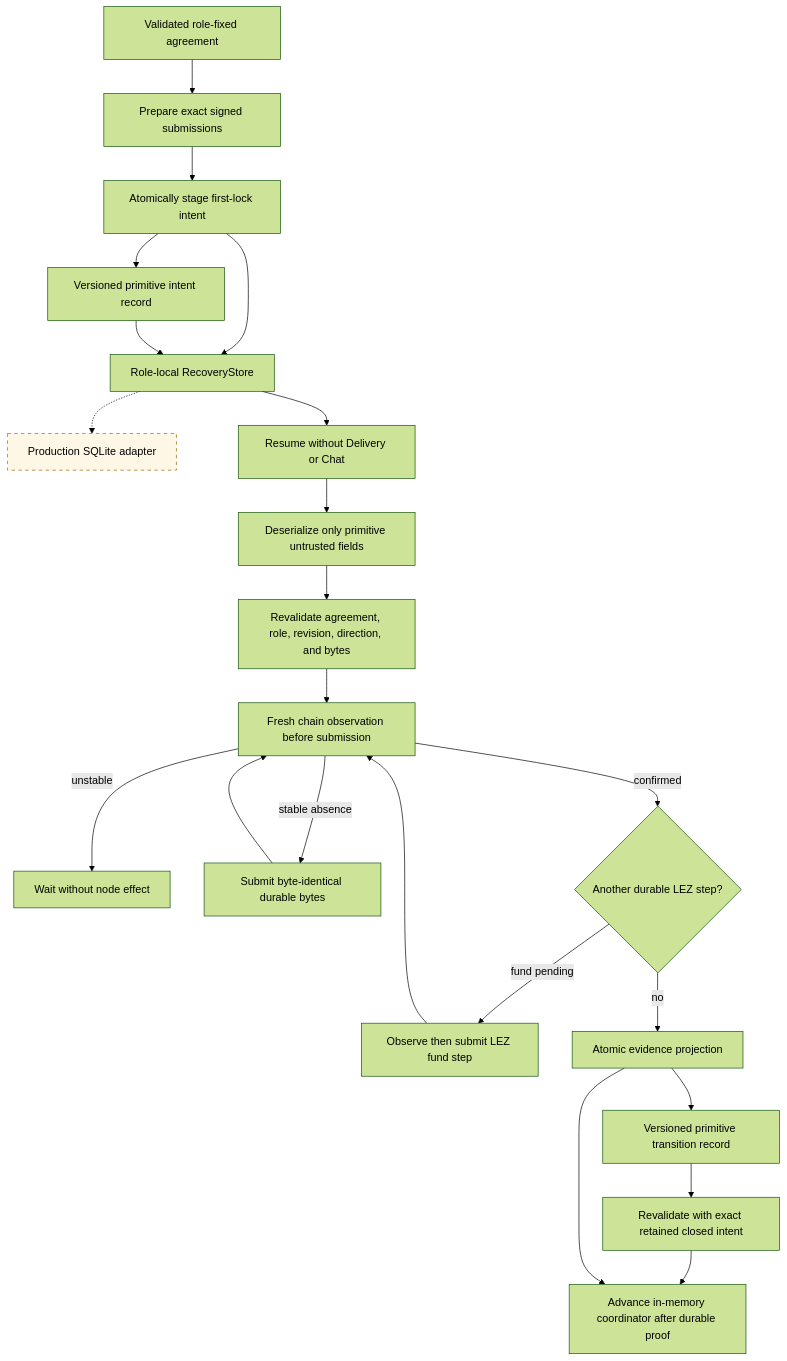
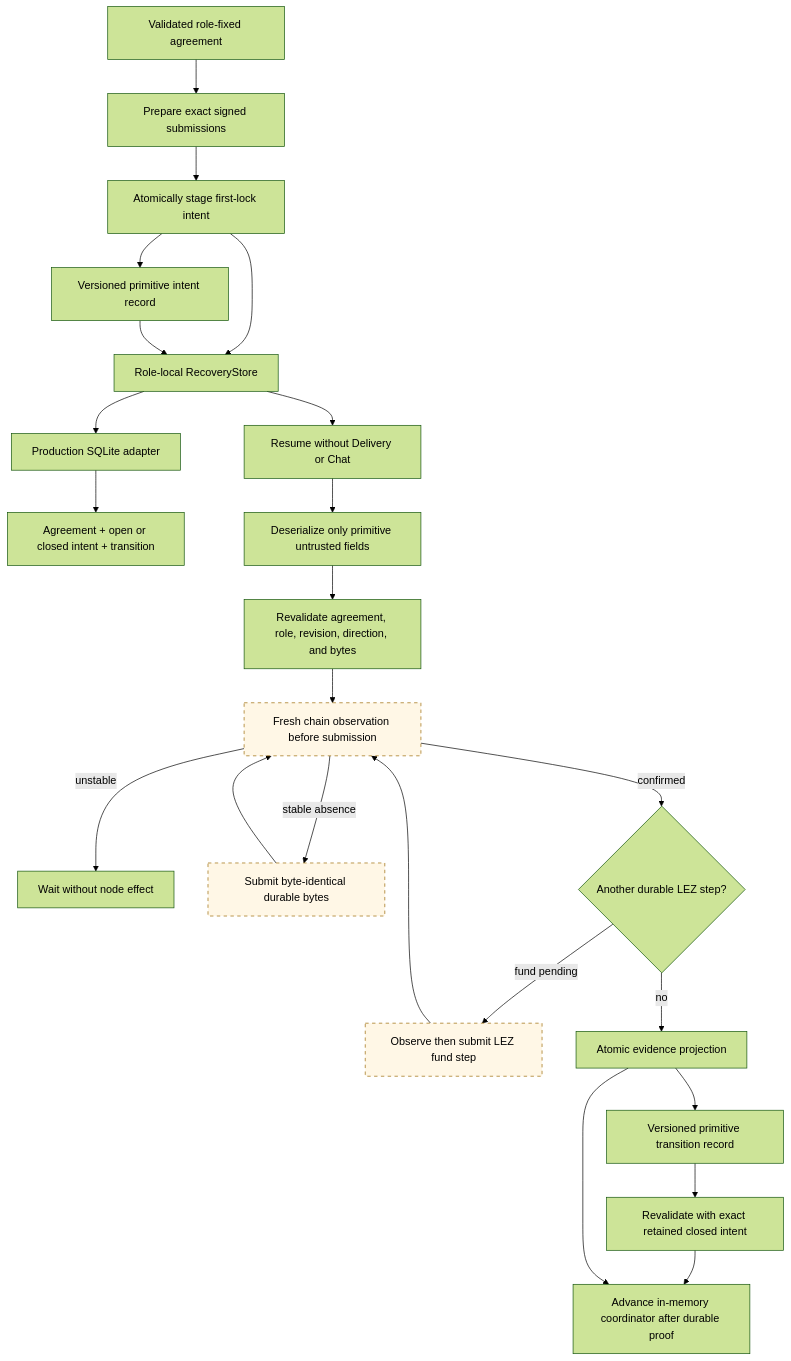
One commit to gateway-fm/lez-atomic-swaps changed the diagram in docs/architecture/0017-crash-safe-first-lock-intent.md. Above: the diagram before and after it, drawn with Mermaid (forest theme). The commit also changed other lines of this file and 12 other files, not shown here.

````diff
--- a/docs/architecture/0017-crash-safe-first-lock-intent.md
+++ b/docs/architecture/0017-crash-safe-first-lock-intent.md
@@ -7,27 +6,28 @@
 ```mermaid
 flowchart TB
     Accepted["Validated role-fixed agreement"] --> Prepare["Prepare exact signed submissions"]
     Prepare --> Stage["Atomically stage first-lock intent"]
     Stage --> Durable["Role-local RecoveryStore"]
     Stage --> Encode["Versioned primitive intent record"]
     Encode --> Durable
-    Durable -.-> SQLite["Production SQLite adapter"]
+    Durable --> SQLite["Production SQLite adapter"]
+    SQLite --> Tables["Agreement + open or closed intent + transition"]
     Durable --> Restart["Resume without Delivery or Chat"]
     Restart --> Decode["Deserialize only primitive untrusted fields"]
     Decode --> Revalidate["Revalidate agreement, role, revision, direction, and bytes"]
     Revalidate --> Observe["Fresh chain observation before submission"]
     Observe -->|"unstable"| Wait["Wait without node effect"]
     Observe -->|"stable absence"| Submit["Submit byte-identical durable bytes"]
     Submit --> Observe
     Observe -->|"confirmed"| Next{"Another durable LEZ step?"}
     Next -->|"fund pending"| Fund["Observe then submit LEZ fund step"]
     Fund --> Observe
     Next -->|"no"| Projection["Atomic evidence projection"]
     Projection --> Transition["Versioned primitive transition record"]
     Transition --> ClosedIntent["Revalidate with exact retained closed intent"]
     ClosedIntent --> Core
     Projection --> Core["Advance in-memory coordinator after durable proof"]
 
     classDef planned stroke-dasharray: 5 5,fill:#fff7e6,stroke:#9a6700;
-    class SQLite planned;
+    class Observe,Submit,Fund planned;
 ```
````
